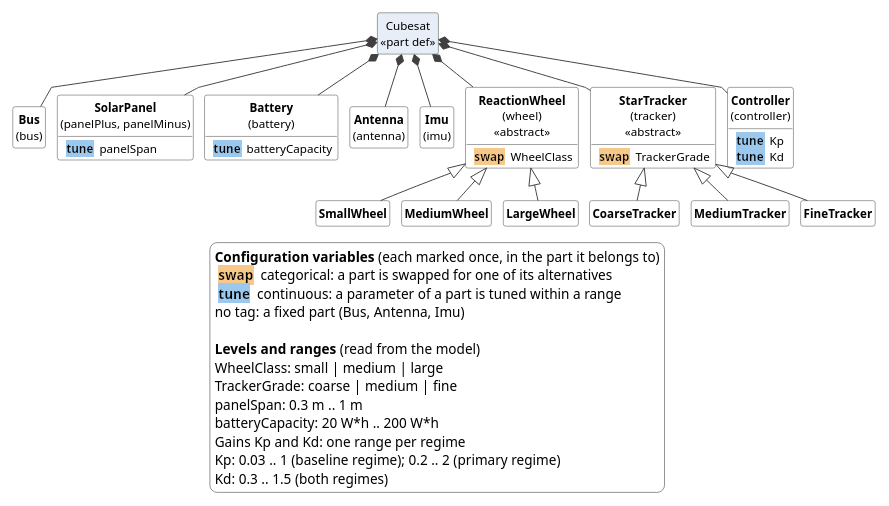
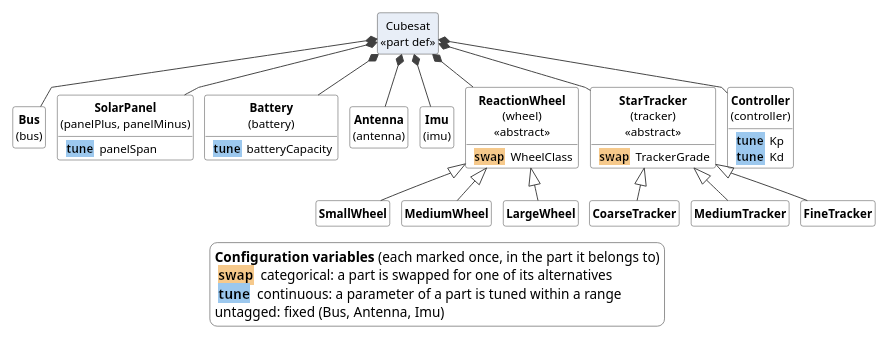
One commit to DynamicalSystemsGroup/hyperbolic-trade-space changed the diagram in examples/adcs/model_v2/views/assembly_view.puml. Above: the diagram before and after it, drawn with PlantUML. The commit also changed 9 other files, not shown here.

First line of the commit message:
WP23 data gate: the committed views at revision 5 (round 4's drawing, the levels and ranges in assembly_caption.md); the gate's five ledger entries under one clean-tree rule; the case prose names the adopted file

```diff
--- a/examples/adcs/model_v2/views/assembly_view.puml
+++ b/examples/adcs/model_v2/views/assembly_view.puml
@@ -1,89 +1,80 @@
 @startuml
 top to bottom direction
 skinparam linetype polyline
 skinparam shadowing false
 skinparam defaultFontName SansSerif
 skinparam defaultFontSize 12
 skinparam ClassBackgroundColor white
 skinparam ClassBorderColor #404040
 skinparam ClassAttributeIconSize 0
 skinparam ArrowColor #404040
 skinparam RectangleBackgroundColor white
 skinparam RectangleBorderColor #404040
 skinparam PackageBackgroundColor #F7F7F7
 skinparam PackageBorderColor #909090
 skinparam LegendBackgroundColor white
 skinparam LegendBorderColor #909090
 skinparam nodesep 12
 skinparam ranksep 34
 hide circle
 hide empty members
 
 scale 700 width
 
 class "Cubesat\n<<part def>>" as Cubesat #E8EEF7
 class "**Bus**\n(bus)" as Bus {
 }
 class "**SolarPanel**\n(panelPlus, panelMinus)" as SolarPanel {
   <back:#9CC8EE><b> tune </b></back> panelSpan
 }
 class "**Battery**\n(battery)" as Battery {
   <back:#9CC8EE><b> tune </b></back> batteryCapacity
 }
 class "**Antenna**\n(antenna)" as Antenna {
 }
 class "**Imu**\n(imu)" as Imu {
 }
 class "**ReactionWheel**\n(wheel)\n<<abstract>>" as ReactionWheel {
   <back:#F6C98B><b> swap </b></back> WheelClass
 }
 class "**StarTracker**\n(tracker)\n<<abstract>>" as StarTracker {
   <back:#F6C98B><b> swap </b></back> TrackerGrade
 }
 class "**Controller**\n(controller)" as Controller {
   <back:#9CC8EE><b> tune </b></back> Kp
   <back:#9CC8EE><b> tune </b></back> Kd
 }
 Cubesat *-- Bus
 Cubesat *-- SolarPanel
 Cubesat *-- Battery
 Cubesat *-- Antenna
 Cubesat *-- Imu
 Cubesat *-- ReactionWheel
 Cubesat *-- StarTracker
 Cubesat *-- Controller
 class "**SmallWheel**" as SmallWheel {
 }
 class "**MediumWheel**" as MediumWheel {
 }
 class "**LargeWheel**" as LargeWheel {
 }
 class "**CoarseTracker**" as CoarseTracker {
 }
 class "**MediumTracker**" as MediumTracker {
 }
 class "**FineTracker**" as FineTracker {
 }
 ReactionWheel <|-- SmallWheel
 ReactionWheel <|-- MediumWheel
 ReactionWheel <|-- LargeWheel
 StarTracker <|-- CoarseTracker
 StarTracker <|-- MediumTracker
 StarTracker <|-- FineTracker
 
 legend bottom
   **Configuration variables** (each marked once, in the part it belongs to)
   <back:#F6C98B><b> swap </b></back> categorical: a part is swapped for one of its alternatives
   <back:#9CC8EE><b> tune </b></back> continuous: a parameter of a part is tuned within a range
-  no tag: a fixed part (Bus, Antenna, Imu)
-  
-  **Levels and ranges** (read from the model)
-  WheelClass: small | medium | large
-  TrackerGrade: coarse | medium | fine
-  panelSpan: 0.3 m .. 1 m
-  batteryCapacity: 20 W*h .. 200 W*h
-  Gains Kp and Kd: one range per regime
-  Kp: 0.03 .. 1 (baseline regime); 0.2 .. 2 (primary regime)
-  Kd: 0.3 .. 1.5 (both regimes)
+  untagged: fixed (Bus, Antenna, Imu)
 end legend
 @enduml
```
